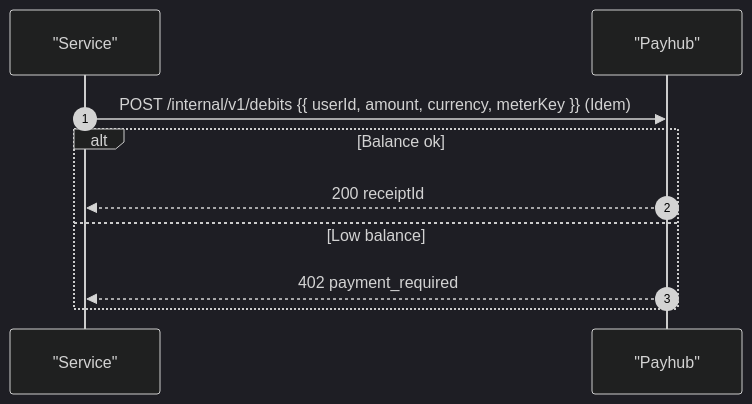
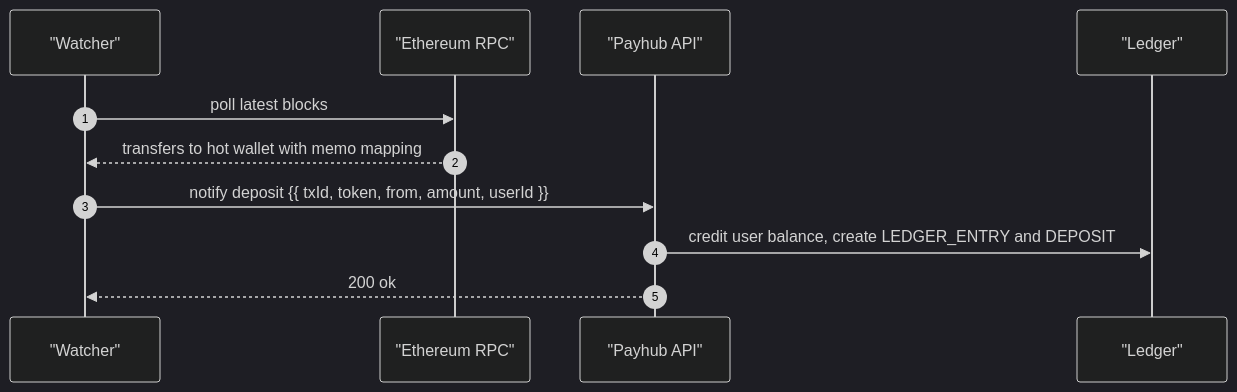
One commit to bkkac/tg-miniapp-payhub-service changed the fifth of 6 diagrams in SystemDesign.md. Above: the diagram before and after it, drawn with Mermaid (dark theme). The commit also changed other lines of this file, not shown here.

````diff
--- a/SystemDesign.md
+++ b/SystemDesign.md
@@ -476,12 +535,13 @@
 ```mermaid
 sequenceDiagram
   autonumber
-  participant SVC as "Service"
-  participant PAY as "Payhub"
-  SVC->>PAY: POST /internal/v1/debits {{ userId, amount, currency, meterKey }} (Idem)
-  alt Balance ok
-    PAY-->>SVC: 200 receiptId
-  else Low balance
-    PAY-->>SVC: 402 payment_required
-  end
+  participant WR as "Watcher"
+  participant CH as "Ethereum RPC"
+  participant PH as "Payhub API"
+  participant L as "Ledger"
+  WR->>CH: poll latest blocks
+  CH-->>WR: transfers to hot wallet with memo mapping
+  WR->>PH: notify deposit {{ txId, token, from, amount, userId }}
+  PH->>L: credit user balance, create LEDGER_ENTRY and DEPOSIT
+  PH-->>WR: 200 ok
 ```
````
